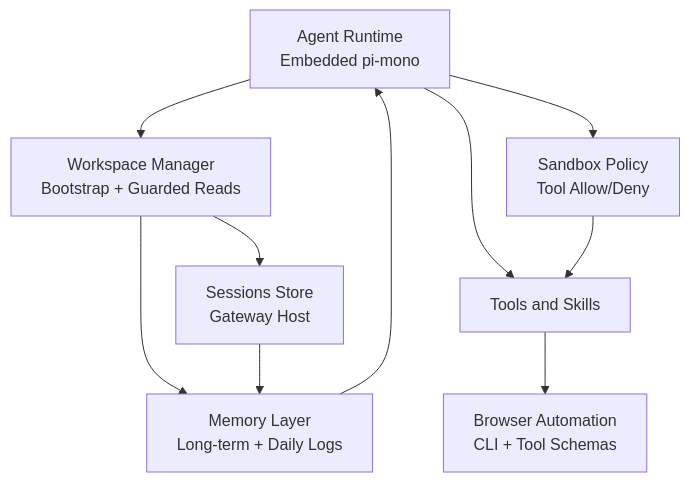
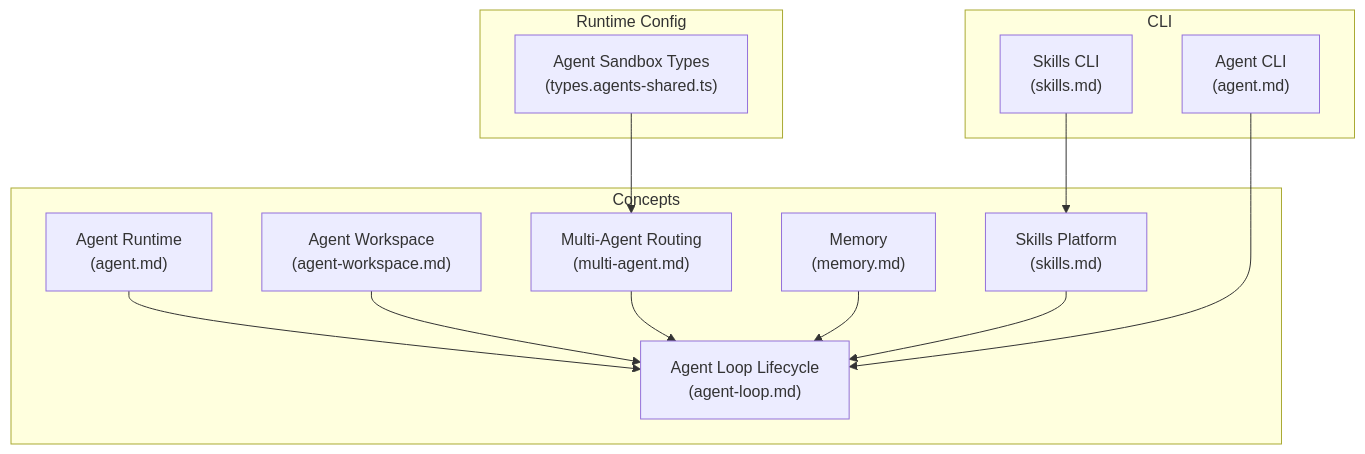
Before and after one commit to botx-work/OpenClaw-Internals: the first of 12 diagrams in repowiki/en/content/Agent System/Agent System.md, drawn with Mermaid. The commit also changed other lines of this file and 332 other files, not shown here.

````diff
--- a/repowiki/en/content/Agent System/Agent System.md
+++ b/repowiki/en/content/Agent System/Agent System.md
@@ -141,12 +45,26 @@
 ```mermaid
 graph TB
-Runtime["Agent Runtime<br/>Embedded pi-mono"] --> WS["Workspace Manager<br/>Bootstrap + Guarded Reads"]
-WS --> Memory["Memory Layer<br/>Long-term + Daily Logs"]
-WS --> Sessions["Sessions Store<br/>Gateway Host"]
-Runtime --> Tools["Tools and Skills"]
-Tools --> Browser["Browser Automation<br/>CLI + Tool Schemas"]
-Runtime --> Sandbox["Sandbox Policy<br/>Tool Allow/Deny"]
-Sandbox --> Tools
-Sessions --> Memory
-Memory --> Runtime
+subgraph "Concepts"
+A["Agent Runtime<br/>(agent.md)"]
+B["Agent Workspace<br/>(agent-workspace.md)"]
+C["Multi-Agent Routing<br/>(multi-agent.md)"]
+D["Agent Loop Lifecycle<br/>(agent-loop.md)"]
+E["Memory<br/>(memory.md)"]
+F["Skills Platform<br/>(skills.md)"]
+end
+subgraph "CLI"
+G["Agent CLI<br/>(agent.md)"]
+H["Skills CLI<br/>(skills.md)"]
+end
+subgraph "Runtime Config"
+I["Agent Sandbox Types<br/>(types.agents-shared.ts)"]
+end
+A --> D
+B --> D
+C --> D
+E --> D
+F --> D
+G --> D
+H --> F
+I --> C
 ```
````
